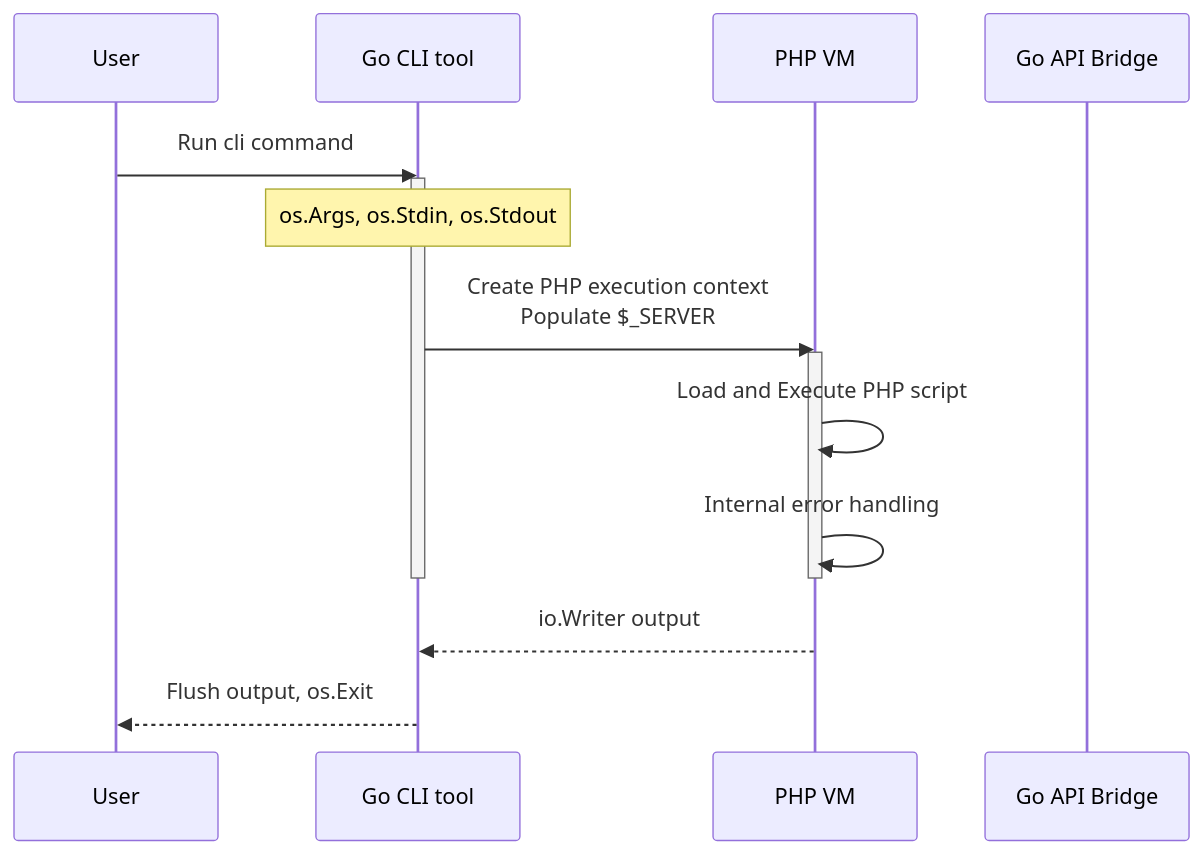
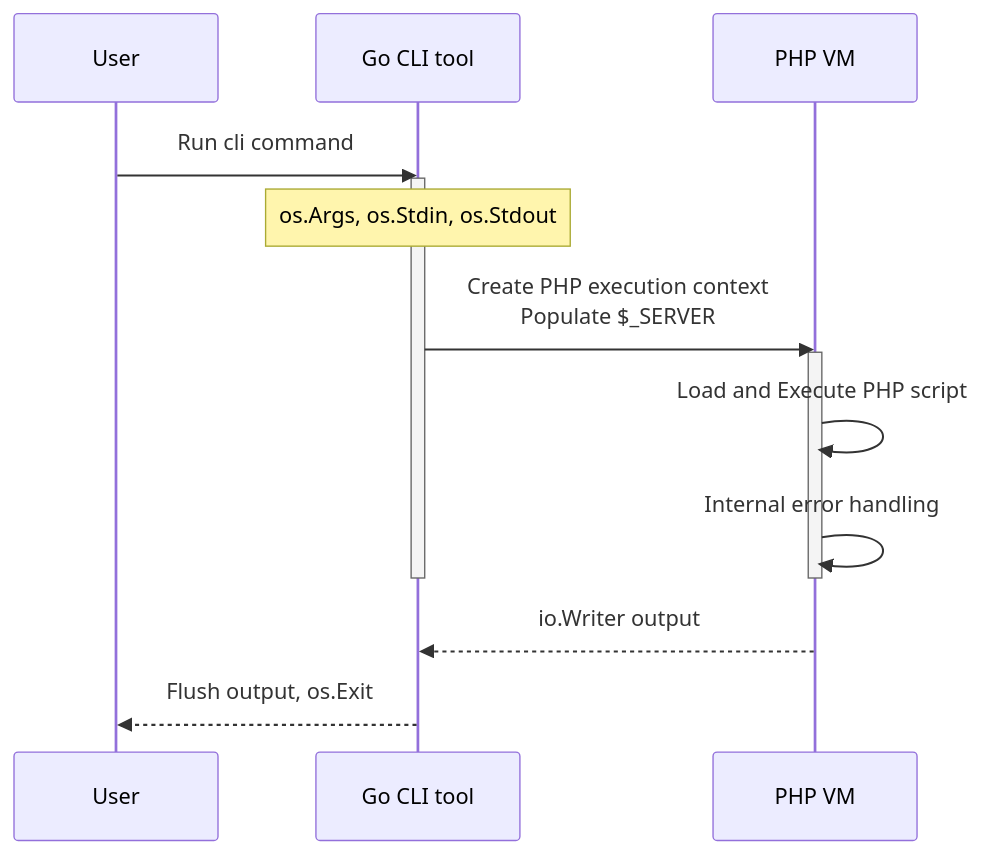
Before and after one commit to titpetric/phpscript: the second of 2 diagrams in docs/README.md, drawn with Mermaid.

Commit message:
docs: simplify cli execution diagram, remove alt

````diff
--- a/docs/README.md
+++ b/docs/README.md
@@ -62,27 +62,26 @@
 ```mermaid
 sequenceDiagram
     participant U as User
     participant G as Go CLI tool
     participant VM as PHP VM
-    participant API as Go API Bridge
 
     U->>G: Run cli command
 
     activate G
 
     Note over G: os.Args, os.Stdin, os.Stdout
 
     G->>VM: Create PHP execution context<br>Populate $_SERVER
 
     activate VM
 
     VM->>VM: Load and Execute PHP script
 
     VM->>VM: Internal error handling
 
     deactivate VM
     deactivate G
 
     VM-->>G: io.Writer output
     G-->>U: Flush output, os.Exit
 ```
````
